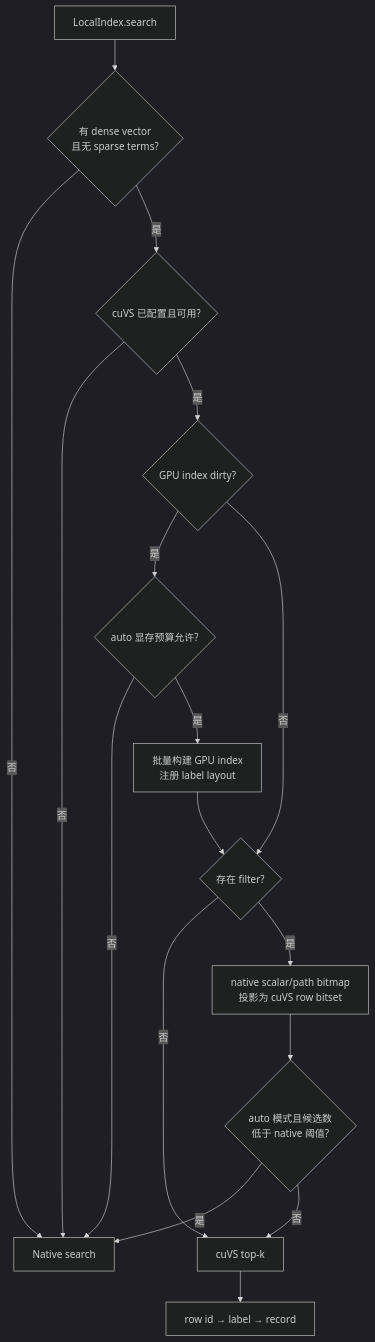
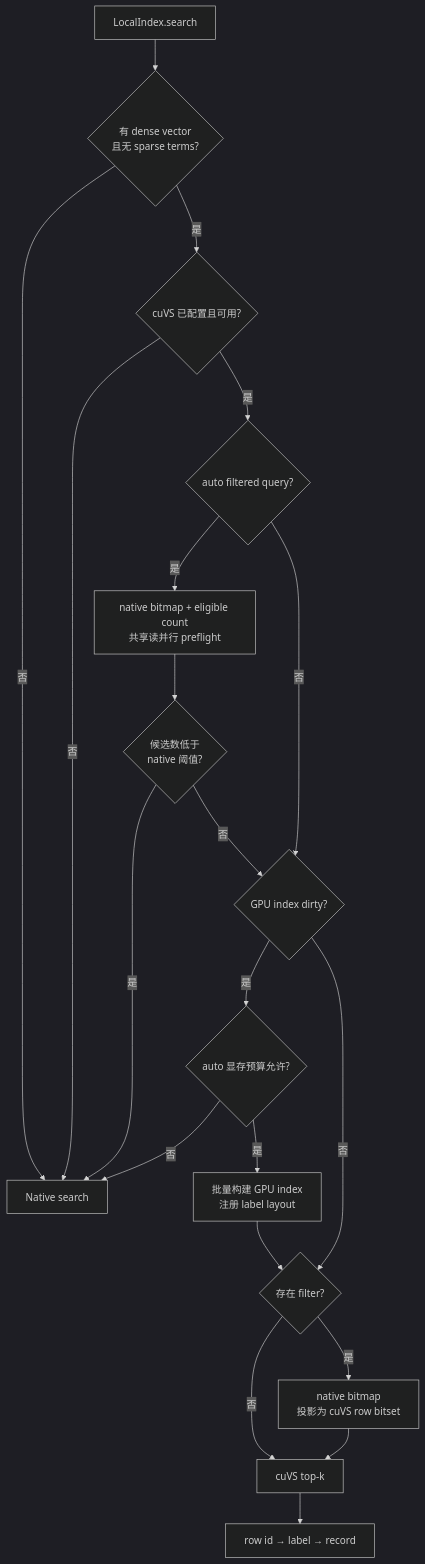
Before and after one commit to volcengine/OpenViking: the third of 3 diagrams in docs/design/openviking-cuvs-integration-plan.md, drawn with Mermaid (dark theme). The commit also changed other lines of this file and 6 other files, not shown here.

Commit message:
perf(cuvs): parallelize auto filter preflight

````diff
--- a/docs/design/openviking-cuvs-integration-plan.md
+++ b/docs/design/openviking-cuvs-integration-plan.md
@@ -126,19 +126,22 @@
 ```mermaid
 flowchart TD
     Q[LocalIndex.search] --> Pure{有 dense vector<br/>且无 sparse terms?}
     Pure -->|否| N[Native search]
     Pure -->|是| Ready{cuVS 已配置且可用?}
     Ready -->|否| N
-    Ready -->|是| Dirty{GPU index dirty?}
+    Ready -->|是| Preflight{auto filtered query?}
+    Preflight -->|是| Bitmap[native bitmap + eligible count<br/>共享读并行 preflight]
+    Bitmap --> Route{候选数低于<br/>native 阈值?}
+    Route -->|是| N
+    Route -->|否| Dirty{GPU index dirty?}
+    Preflight -->|否| Dirty
     Dirty -->|是| Admit{auto 显存预算允许?}
     Admit -->|否| N
     Admit -->|是| Build[批量构建 GPU index<br/>注册 label layout]
     Dirty -->|否| Filter
     Build --> Filter{存在 filter?}
     Filter -->|否| GPU[cuVS top-k]
-    Filter -->|是| Bitmap[native scalar/path bitmap<br/>投影为 cuVS row bitset]
-    Bitmap --> Route{auto 模式且候选数<br/>低于 native 阈值?}
-    Route -->|是| N
-    Route -->|否| GPU
+    Filter -->|是| DeviceBitmap[native bitmap<br/>投影为 cuVS row bitset]
+    DeviceBitmap --> GPU
     GPU --> Map[row id → label → record]
 ```
````
